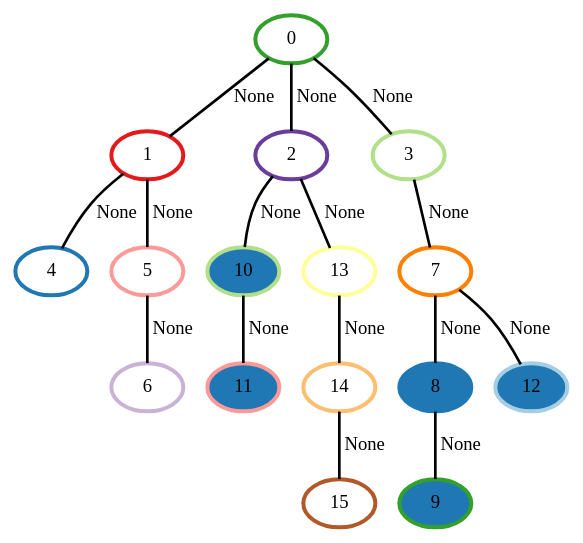
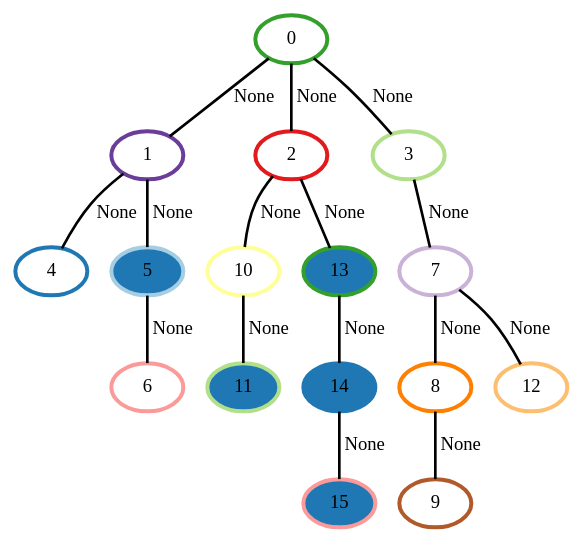
The diagram in Colored/colorref_smallexample_4_16-2.dot (Alex314-dev/graphisomorphism), drawn with Graphviz before and after one commit. The commit also changed 25 other files, not shown here.

```diff
--- a/Colored/colorref_smallexample_4_16-2.dot
+++ b/Colored/colorref_smallexample_4_16-2.dot
@@ -1,34 +1,34 @@
 graph G {
     0 [penwidth=3,label="0",color=4, colorscheme=paired12]
-    1 [penwidth=3,label="1",color=6, colorscheme=paired12]
-    2 [penwidth=3,label="2",color=10, colorscheme=paired12]
+    1 [penwidth=3,label="1",color=10, colorscheme=paired12]
+    2 [penwidth=3,label="2",color=6, colorscheme=paired12]
     3 [penwidth=3,label="3",color=3, colorscheme=paired12]
     4 [penwidth=3,label="4",color=2, colorscheme=paired12]
-    5 [penwidth=3,label="5",color=5, colorscheme=paired12]
-    6 [penwidth=3,label="6",color=9, colorscheme=paired12]
-    7 [penwidth=3,label="7",color=8, colorscheme=paired12]
-    8 [penwidth=3,label="8",color=2, colorscheme=paired12,style=filled,fillcolor=2]
-    9 [penwidth=3,label="9",color=4, colorscheme=paired12,style=filled,fillcolor=2]
-    10 [penwidth=3,label="10",color=3, colorscheme=paired12,style=filled,fillcolor=2]
-    11 [penwidth=3,label="11",color=5, colorscheme=paired12,style=filled,fillcolor=2]
-    12 [penwidth=3,label="12",color=1, colorscheme=paired12,style=filled,fillcolor=2]
-    13 [penwidth=3,label="13",color=11, colorscheme=paired12]
-    14 [penwidth=3,label="14",color=7, colorscheme=paired12]
-    15 [penwidth=3,label="15",color=12, colorscheme=paired12]
+    5 [penwidth=3,label="5",color=1, colorscheme=paired12,style=filled,fillcolor=2]
+    6 [penwidth=3,label="6",color=5, colorscheme=paired12]
+    7 [penwidth=3,label="7",color=9, colorscheme=paired12]
+    8 [penwidth=3,label="8",color=8, colorscheme=paired12]
+    9 [penwidth=3,label="9",color=12, colorscheme=paired12]
+    10 [penwidth=3,label="10",color=11, colorscheme=paired12]
+    11 [penwidth=3,label="11",color=3, colorscheme=paired12,style=filled,fillcolor=2]
+    12 [penwidth=3,label="12",color=7, colorscheme=paired12]
+    13 [penwidth=3,label="13",color=4, colorscheme=paired12,style=filled,fillcolor=2]
+    14 [penwidth=3,label="14",color=2, colorscheme=paired12,style=filled,fillcolor=2]
+    15 [penwidth=3,label="15",color=5, colorscheme=paired12,style=filled,fillcolor=2]
 
     0--1 [penwidth=2,label="None"]
     1--4 [penwidth=2,label="None"]
     1--5 [penwidth=2,label="None"]
     5--6 [penwidth=2,label="None"]
     0--2 [penwidth=2,label="None"]
     2--10 [penwidth=2,label="None"]
     2--13 [penwidth=2,label="None"]
     10--11 [penwidth=2,label="None"]
     13--14 [penwidth=2,label="None"]
     14--15 [penwidth=2,label="None"]
     0--3 [penwidth=2,label="None"]
     3--7 [penwidth=2,label="None"]
     7--8 [penwidth=2,label="None"]
     7--12 [penwidth=2,label="None"]
     8--9 [penwidth=2,label="None"]
 }
```
